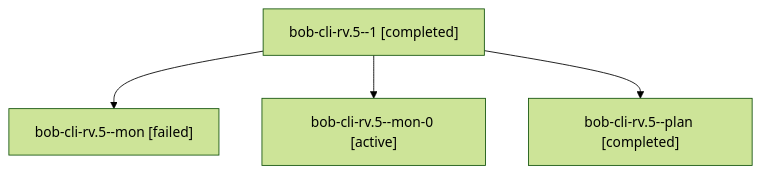
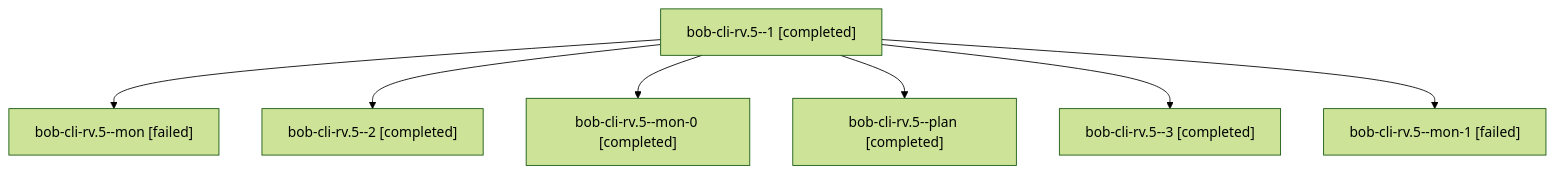
The diagram in sessions/bbugyi200.athena.bob-cli-rv.5.md (bobs-org/bob-cli--agents), drawn with Mermaid (forest theme) before and after one commit. The commit also changed other lines of this file and 67 other files, not shown here.

````diff
--- a/sessions/bbugyi200.athena.bob-cli-rv.5.md
+++ b/sessions/bbugyi200.athena.bob-cli-rv.5.md
@@ -9,10 +9,16 @@
 ```mermaid
 flowchart TD
   n0["bob-cli-rv.5--1 [completed]"]
   n1["bob-cli-rv.5--mon [failed]"]
   n0 --> n1
-  n2["bob-cli-rv.5--mon-0 [active]"]
+  n2["bob-cli-rv.5--2 [completed]"]
   n0 --> n2
-  n3["bob-cli-rv.5--plan [completed]"]
+  n3["bob-cli-rv.5--mon-0 [completed]"]
   n0 --> n3
+  n4["bob-cli-rv.5--plan [completed]"]
+  n0 --> n4
+  n5["bob-cli-rv.5--3 [completed]"]
+  n0 --> n5
+  n6["bob-cli-rv.5--mon-1 [failed]"]
+  n0 --> n6
 ```
````
